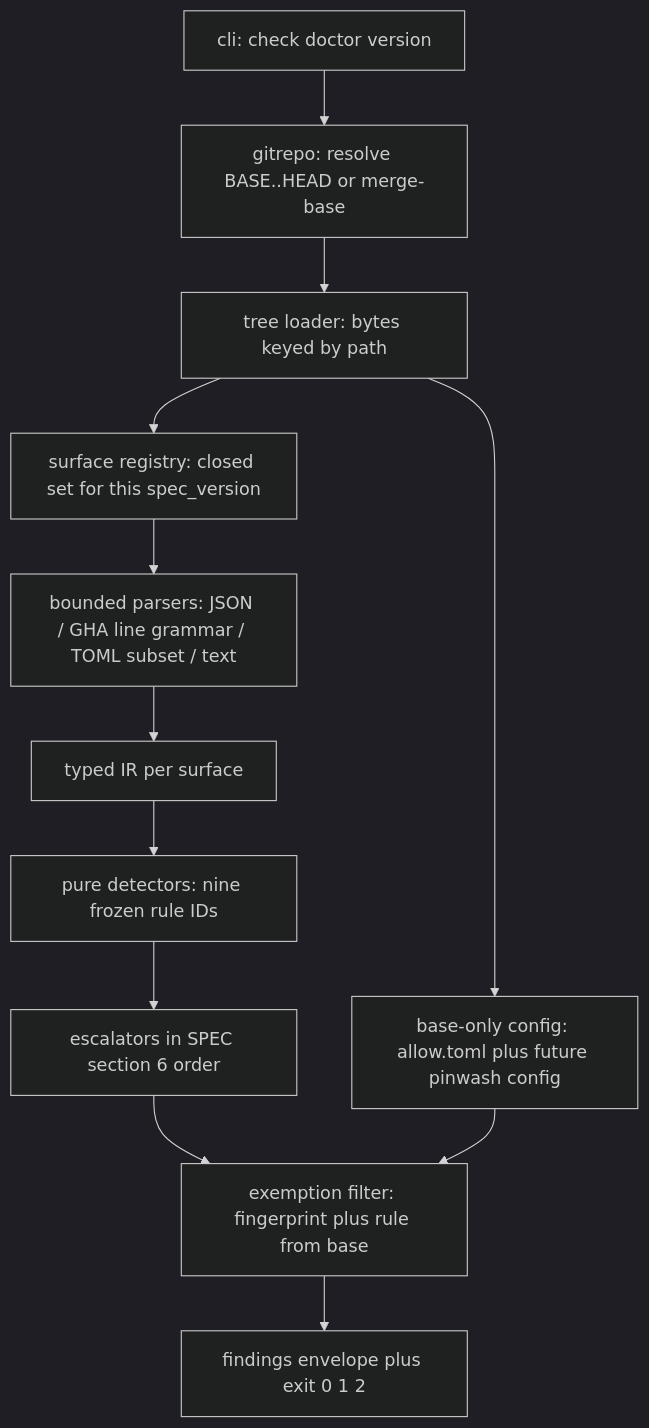
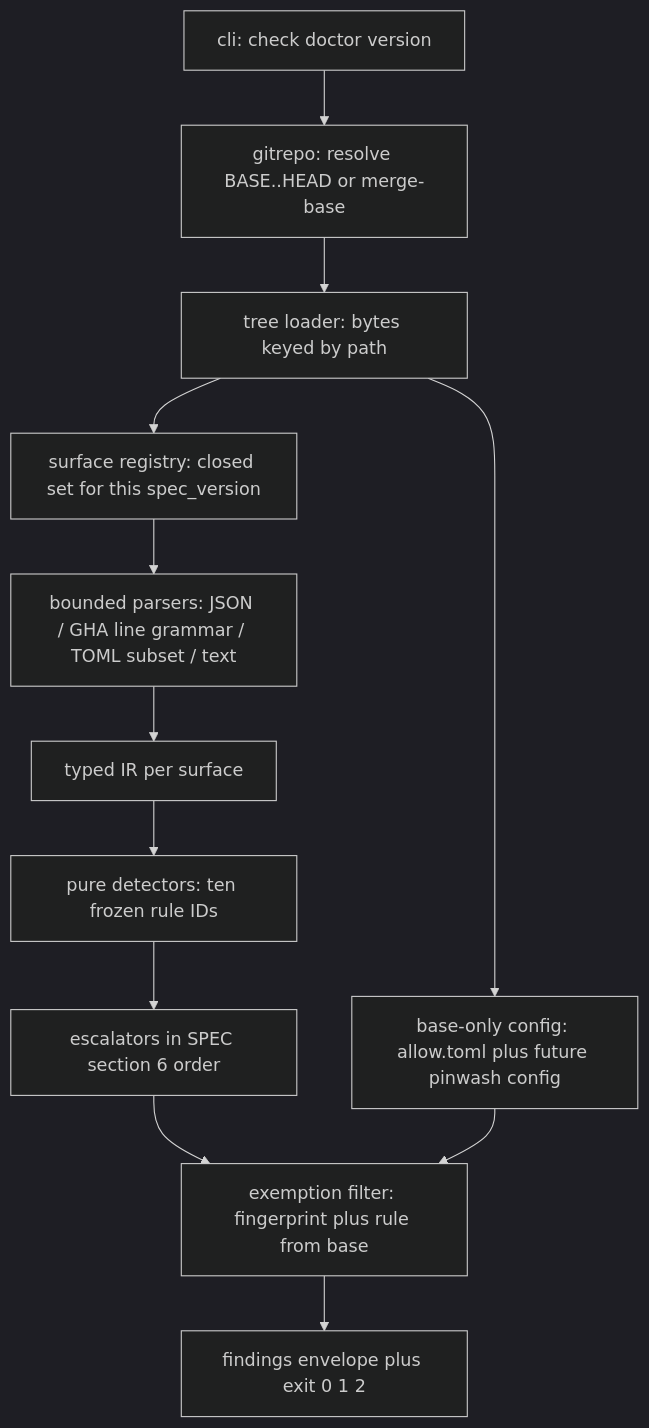
One commit to taipei49314/pinwash changed the second of 3 diagrams in ARCHITECTURE.md. Above: the diagram before and after it, drawn with Mermaid (dark theme). The commit also changed other lines of this file and 2 other files, not shown here.

First line of the commit message:
docs: sync ARCHITECTURE/THREATMODEL/README to spec 9 (no spec bump)

````diff
--- a/ARCHITECTURE.md
+++ b/ARCHITECTURE.md
@@ -70,18 +72,18 @@
 ```mermaid
 flowchart TB
   cli["cli: check doctor version"]
   range["gitrepo: resolve BASE..HEAD or merge-base"]
   trees["tree loader: bytes keyed by path"]
   filter["surface registry: closed set for this spec_version"]
   baseCfg["base-only config: allow.toml plus future pinwash config"]
   parsers["bounded parsers: JSON / GHA line grammar / TOML subset / text"]
   ir["typed IR per surface"]
-  dets["pure detectors: nine frozen rule IDs"]
+  dets["pure detectors: ten frozen rule IDs"]
   esc["escalators in SPEC section 6 order"]
   allow["exemption filter: fingerprint plus rule from base"]
   env["findings envelope plus exit 0 1 2"]
   cli --> range --> trees --> filter
   trees --> baseCfg
   filter --> parsers --> ir --> dets --> esc --> allow --> env
   baseCfg --> allow
 ```
````
